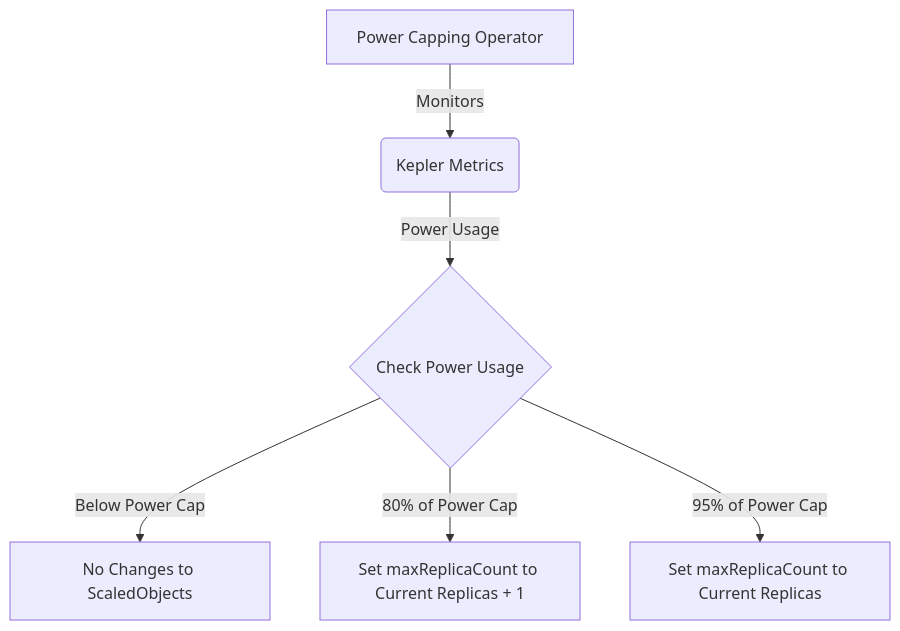
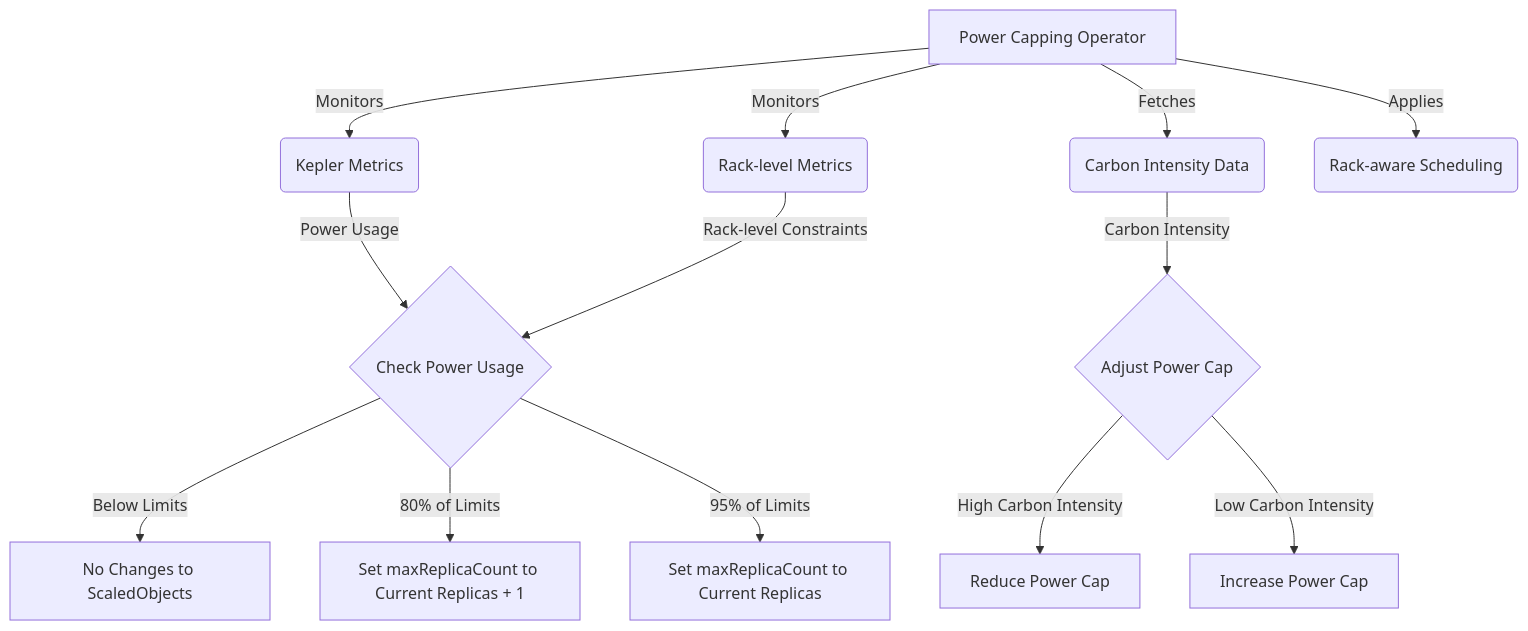
Before and after one commit to Climatik-Project/Climatik-Project: the sixth of 11 diagrams in README.md, drawn with Mermaid. The commit also changed other lines of this file, not shown here.

Commit message:
update readme with rack aware algorithms

````diff
--- a/README.md
+++ b/README.md
@@ -502,8 +639,15 @@
 ```mermaid
 graph TD
 A[Power Capping Operator] -->|Monitors| B(Kepler Metrics)
-B -->|Power Usage| C{Check Power Usage}
-C -->|Below Power Cap| D[No Changes to ScaledObjects]
-C -->|80% of Power Cap| E[Set maxReplicaCount to Current Replicas + 1]
-C -->|95% of Power Cap| F[Set maxReplicaCount to Current Replicas]
+A -->|Monitors| C(Rack-level Metrics)
+A -->|Fetches| D(Carbon Intensity Data)
+B -->|Power Usage| E{Check Power Usage}
+C -->|Rack-level Constraints| E
+D -->|Carbon Intensity| F{Adjust Power Cap}
+E -->|Below Limits| G[No Changes to ScaledObjects]
+E -->|80% of Limits| H[Set maxReplicaCount to Current Replicas + 1]
+E -->|95% of Limits| I[Set maxReplicaCount to Current Replicas]
+F -->|High Carbon Intensity| J[Reduce Power Cap]
+F -->|Low Carbon Intensity| K[Increase Power Cap]
+A -->|Applies| L(Rack-aware Scheduling)
 ```
````
